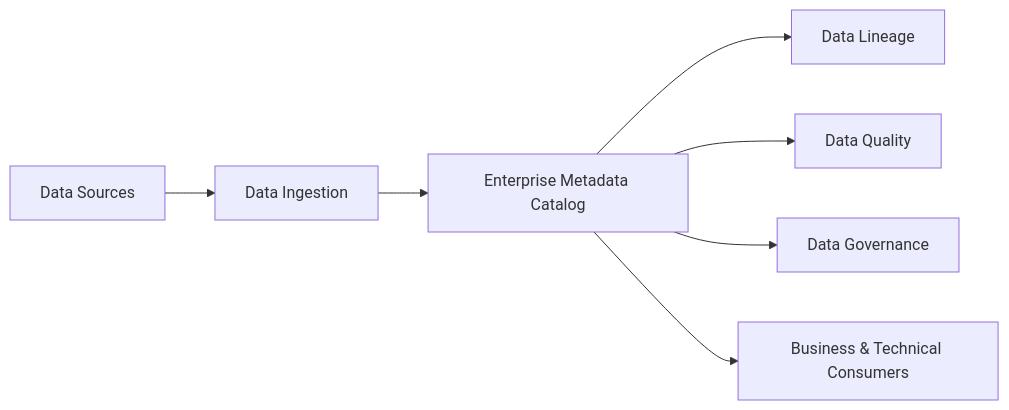
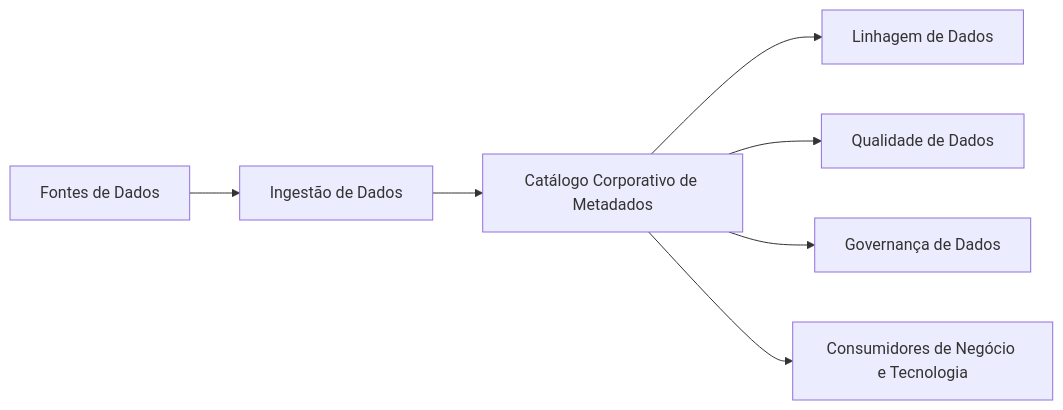
One commit to rogereufrasio/adtech-omnichannel-platform changed the first of 2 diagrams in programs/02-enterprise-data-ai-platform/information-architecture/metadata-strategy.md. Above: the diagram before and after it, drawn with Mermaid. The commit also changed other lines of this file and 260 other files, not shown here.

Commit message:
release: finalize Enterprise Architecture Practice v1.0.0

````diff
--- a/programs/02-enterprise-data-ai-platform/information-architecture/metadata-strategy.md
+++ b/programs/02-enterprise-data-ai-platform/information-architecture/metadata-strategy.md
@@ -50,26 +58,20 @@
 ```mermaid
 flowchart LR
 
-Sources["Data Sources"]
-
-Ingestion["Data Ingestion"]
-
-Catalog["Enterprise Metadata Catalog"]
-
-Lineage["Data Lineage"]
-
-Quality["Data Quality"]
-
-Governance["Data Governance"]
-
-Consumers["Business & Technical Consumers"]
+Sources["Fontes de Dados"]
+Ingestion["Ingestão de Dados"]
+Catalog["Catálogo Corporativo de Metadados"]
+Lineage["Linhagem de Dados"]
+Quality["Qualidade de Dados"]
+Governance["Governança de Dados"]
+Consumers["Consumidores de Negócio e Tecnologia"]
 
 Sources --> Ingestion
 Ingestion --> Catalog
 
 Catalog --> Lineage
 Catalog --> Quality
 Catalog --> Governance
 
 Catalog --> Consumers
 ```
````
